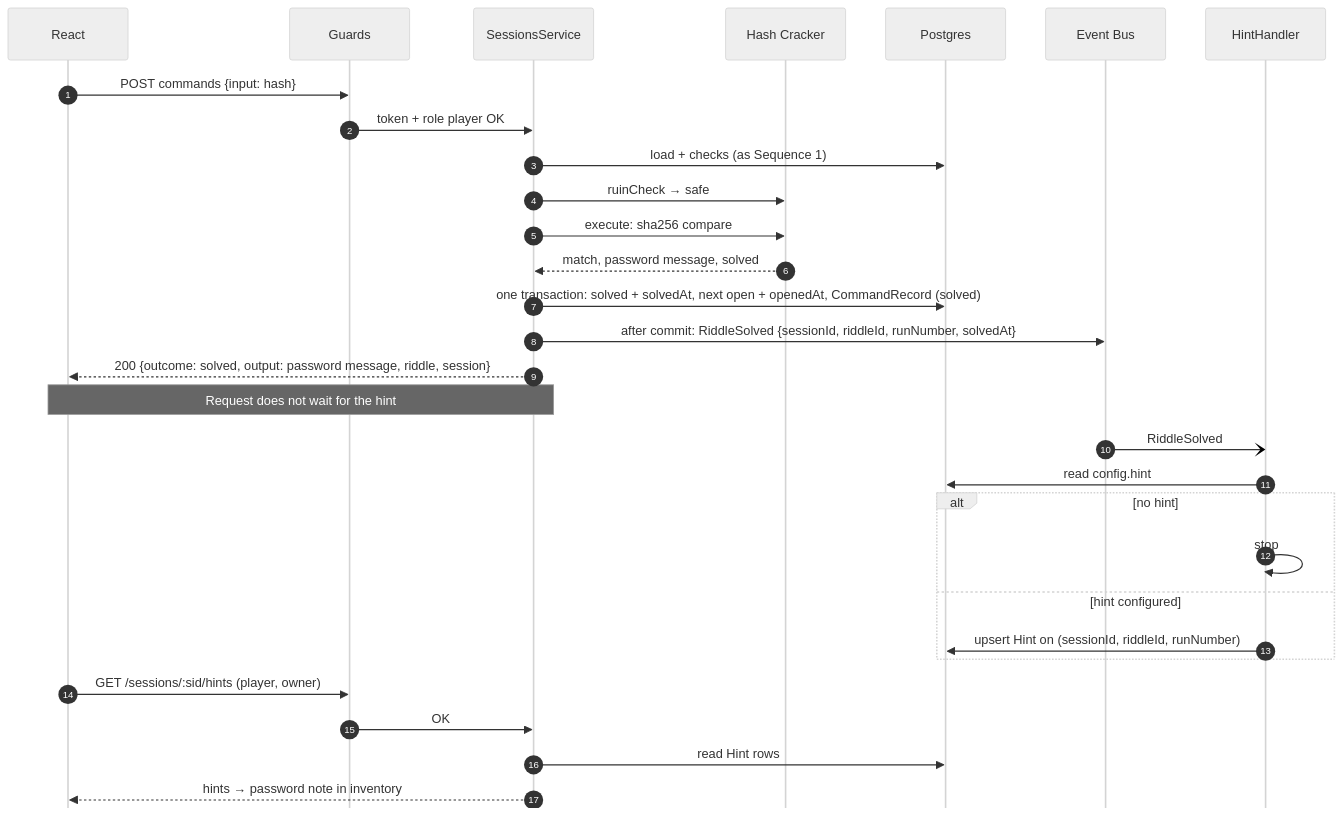
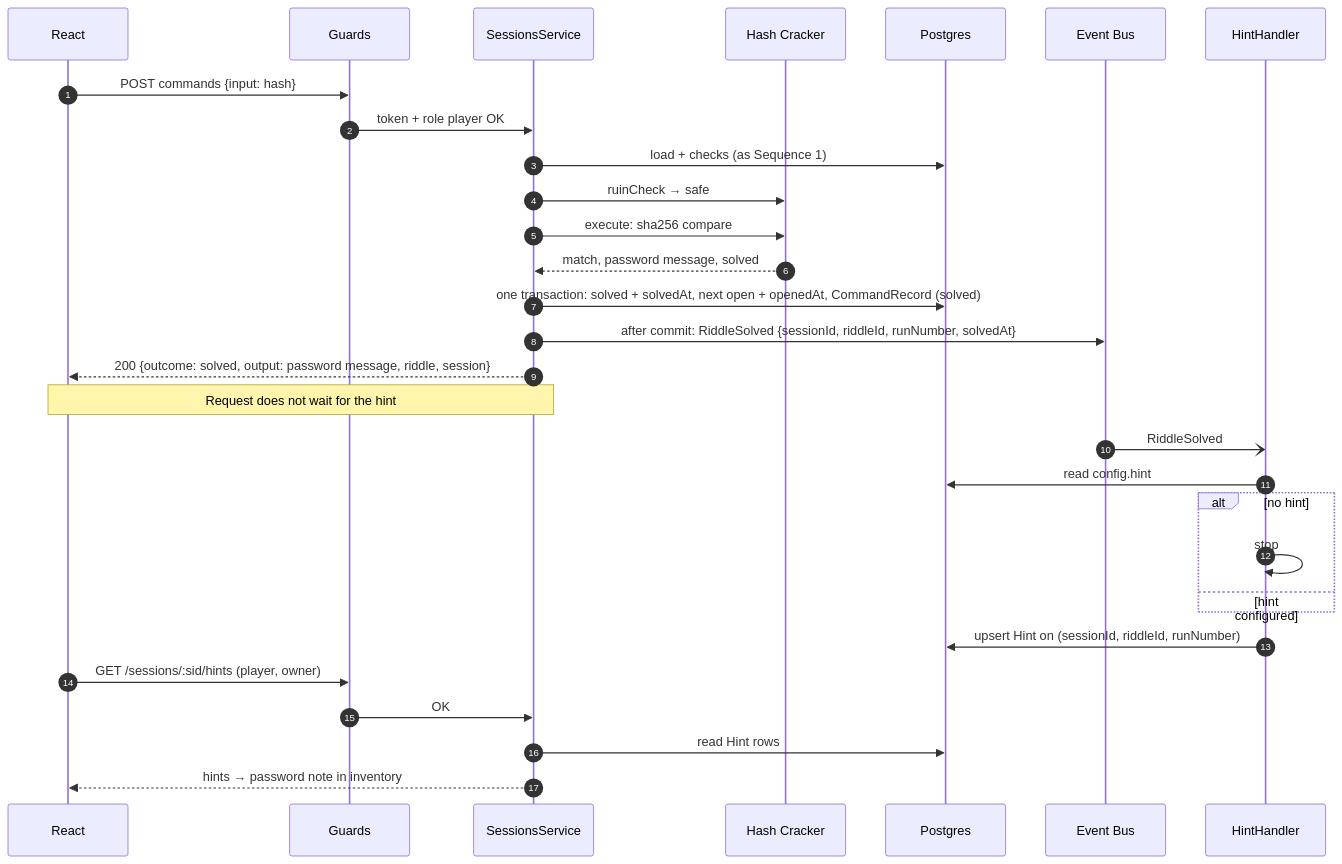
Before and after one commit to edenbuky/escapeRoom: the eighth of 9 diagrams in DESIGN.md, drawn with Mermaid. The commit also changed other lines of this file and 1 other file, not shown here.

````diff
--- a/DESIGN.md
+++ b/DESIGN.md
@@ -584,34 +590,33 @@
 ```mermaid
-%%{init: {"theme": "neutral", "themeVariables": {"fontSize": "18px", "fontFamily": "Arial, Helvetica, sans-serif"}, "sequence": {"mirrorActors": false, "messageFontSize": 18, "actorFontSize": 18}}}%%
 sequenceDiagram
   autonumber
   participant UI as React
   participant Auth as Guards
   participant Svc as SessionsService
   participant Cr as Hash Cracker
   participant PG as Postgres
   participant Bus as Event Bus
   participant H as HintHandler
 
   UI->>Auth: POST commands {input: hash}
   Auth->>Svc: token + role player OK
   Svc->>PG: load + checks (as Sequence 1)
   Svc->>Cr: ruinCheck → safe
   Svc->>Cr: execute: sha256 compare
   Cr-->>Svc: match, password message, solved
   Svc->>PG: one transaction: solved + solvedAt, next open + openedAt, CommandRecord (solved)
   Svc->>Bus: after commit: RiddleSolved {sessionId, riddleId, runNumber, solvedAt}
   Svc-->>UI: 200 {outcome: solved, output: password message, riddle, session}
   Note over UI,Svc: Request does not wait for the hint
   Bus-)H: RiddleSolved
   H->>PG: read config.hint
   alt no hint
     H->>H: stop
   else hint configured
+  end
     H->>PG: upsert Hint on (sessionId, riddleId, runNumber)
-  end
   UI->>Auth: GET /sessions/:sid/hints (player, owner)
   Auth->>Svc: OK
   Svc->>PG: read Hint rows
   Svc-->>UI: hints → password note in inventory
 ```
````
